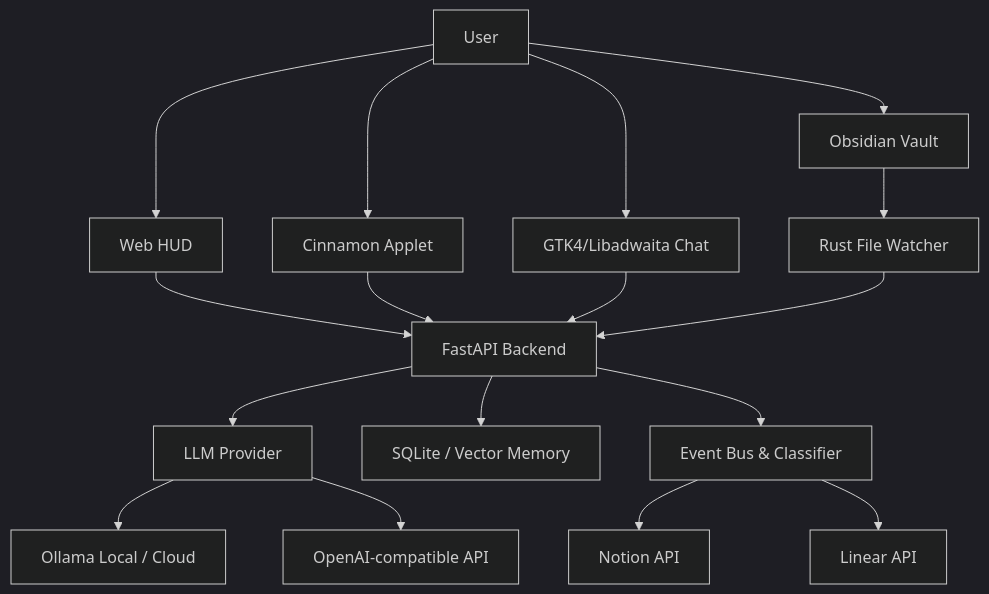
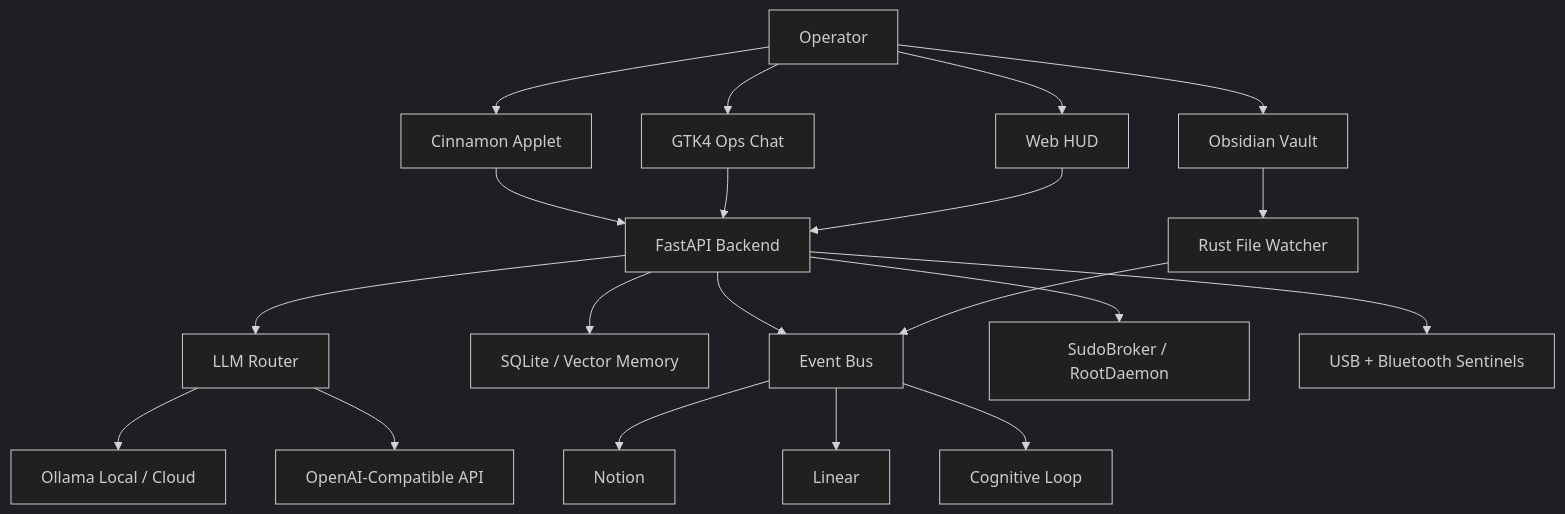
One commit to zeusinfra/NEXUS changed the diagram in README.md. Above: the diagram before and after it, drawn with Mermaid (dark theme). The commit also changed other lines of this file and 8 other files, not shown here.

````diff
--- a/README.md
+++ b/README.md
@@ -20,23 +46,27 @@
 ```mermaid
-graph TD
-    User[User] --> WebHUD[Web HUD]
-    User --> Applet[Cinnamon Applet]
-    User --> GTKChat[GTK4/Libadwaita Chat]
-    User --> Obsidian[Obsidian Vault]
+flowchart TD
+    Operator[Operator] --> Applet[Cinnamon Applet]
+    Operator --> GTK[GTK4 Ops Chat]
+    Operator --> HUD[Web HUD]
+    Operator --> Obsidian[Obsidian Vault]
 
-    WebHUD --> API[FastAPI Backend]
-    Applet --> API
-    GTKChat --> API
+    Applet --> API[FastAPI Backend]
+    GTK --> API
+    HUD --> API
+
+    API --> LLM[LLM Router]
+    API --> Memory[SQLite / Vector Memory]
+    API --> Events[Event Bus]
+    API --> Security[SudoBroker / RootDaemon]
+    API --> Peripherals[USB + Bluetooth Sentinels]
+
     Obsidian --> Watcher[Rust File Watcher]
+    Watcher --> Events
 
-    Watcher --> API
-    API --> LLM[LLM Provider]
-    API --> Memory[SQLite / Vector Memory]
-    API --> EventBus[Event Bus & Classifier]
-    
-    EventBus --> Notion[Notion API]
-    EventBus --> Linear[Linear API]
+    Events --> Notion[Notion]
+    Events --> Linear[Linear]
+    Events --> Cognition[Cognitive Loop]
 
     LLM --> Ollama[Ollama Local / Cloud]
-    LLM --> OpenAI[OpenAI-compatible API]
+    LLM --> OpenAI[OpenAI-Compatible API]
 ```
````
